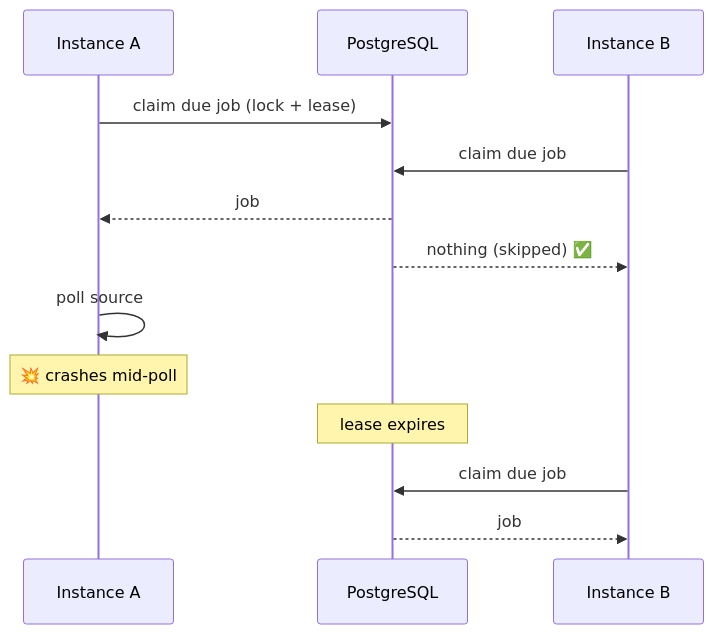
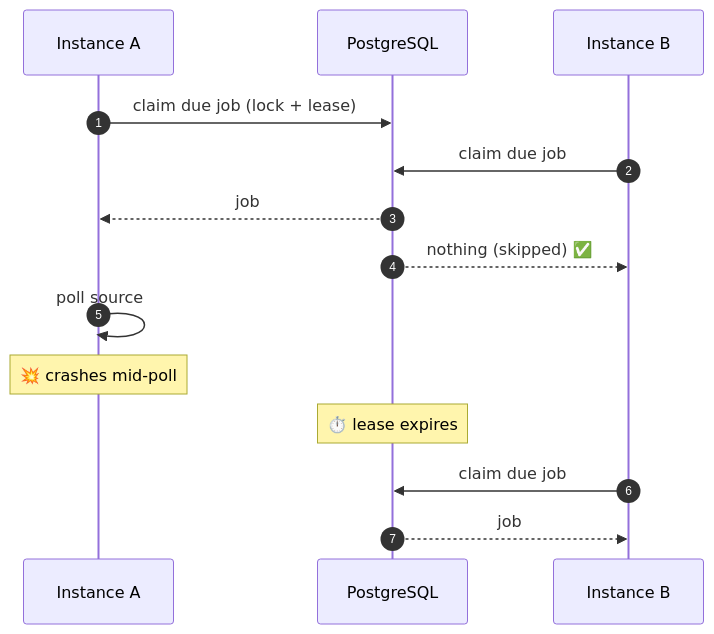
One commit to MC-161/priceWatch changed the fourth of 6 diagrams in README.md. Above: the diagram before and after it, drawn with Mermaid. The commit also changed other lines of this file and 2 other files, not shown here.

````diff
--- a/README.md
+++ b/README.md
@@ -73,15 +215,16 @@
 ```mermaid
 sequenceDiagram
+    autonumber
     participant A as Instance A
     participant DB as PostgreSQL
     participant B as Instance B
     A->>DB: claim due job (lock + lease)
     B->>DB: claim due job
     DB-->>A: job #42 ✅
     DB-->>B: nothing (skipped) ✅
     A->>A: poll source
     Note over A: 💥 crashes mid-poll
-    Note over DB: lease expires
+    Note over DB: ⏱️ lease expires
     B->>DB: claim due job
     DB-->>B: job #42 (retried) ✅
 ```
````
